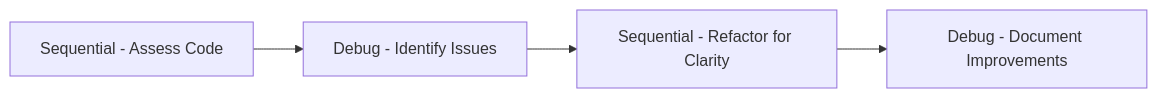
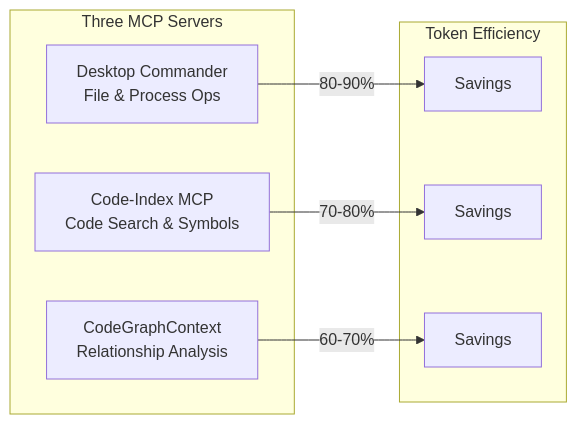
Before and after one commit to Alot1z/get-shit-indexed: the second of 8 diagrams in README.md, drawn with Mermaid. The commit also changed other lines of this file and 2 other files, not shown here.

Commit message:
chore(1.20.0): prepare for npm publish - Update README with Mermaid diagrams and feature tables - Bump version to 1.20.0 - Add .npmrc to .gitignore (security)

````diff
--- a/README.md
+++ b/README.md
@@ -602,6 +72,14 @@
 ```mermaid
 graph LR
-    A[Sequential - Assess Code] --> B[Debug - Identify Issues]
-    B --> C[Sequential - Refactor for Clarity]
-    C --> D[Debug - Document Improvements]
+    subgraph "Three MCP Servers"
+        DC[Desktop Commander<br/>File & Process Ops]
+        CI[Code-Index MCP<br/>Code Search & Symbols]
+        CG[CodeGraphContext<br/>Relationship Analysis]
+    end
+    
+    subgraph "Token Efficiency"
+        DC --> |80-90%| S1[Savings]
+        CI --> |70-80%| S2[Savings]
+        CG --> |60-70%| S3[Savings]
+    end
 ```
````
